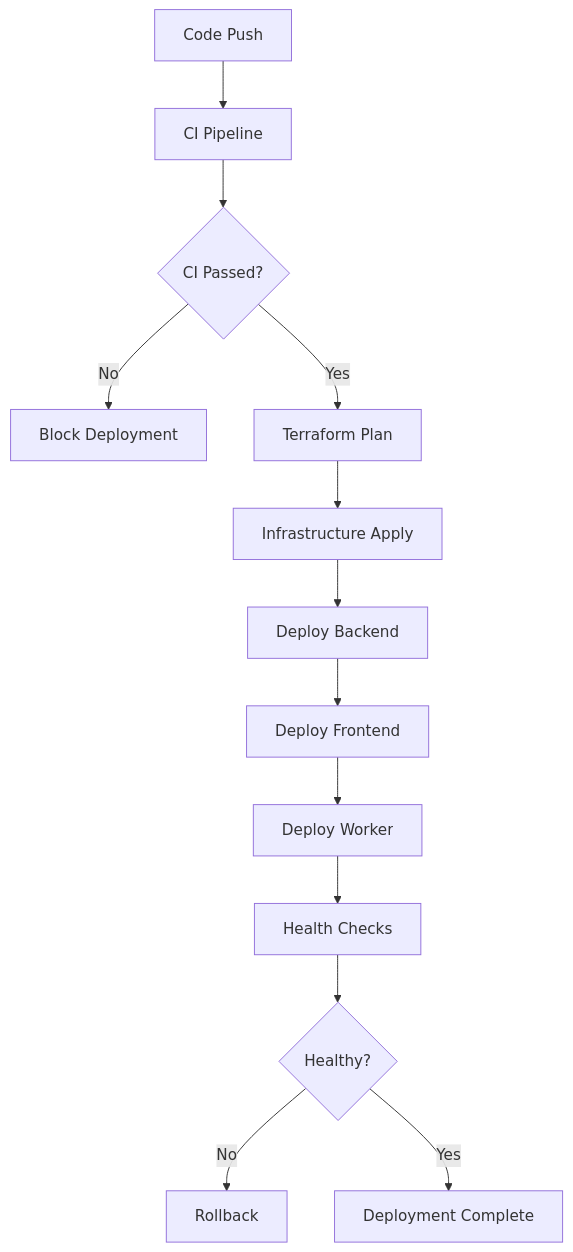
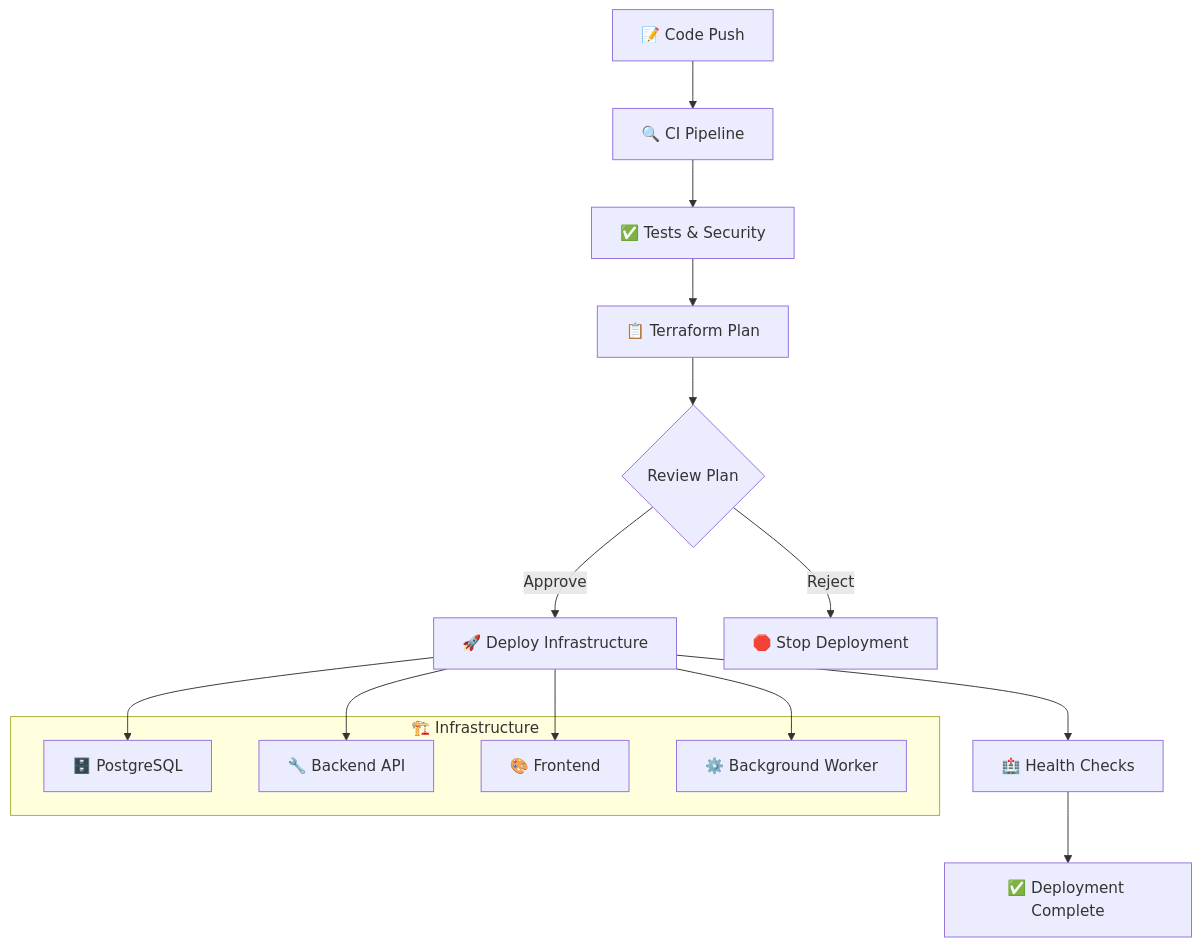
One commit to Mohit21GoJs/rsa-task changed the diagram in docs/DEPLOYMENT.md. Above: the diagram before and after it, drawn with Mermaid. The commit also changed other lines of this file and 14 other files, not shown here.

````diff
--- a/docs/DEPLOYMENT.md
+++ b/docs/DEPLOYMENT.md
@@ -152,15 +7,23 @@
 ```mermaid
-graph TD
-    A[Code Push] --> B[CI Pipeline]
-    B --> C{CI Passed?}
-    C -->|No| D[Block Deployment]
-    C -->|Yes| E[Terraform Plan]
-    E --> F[Infrastructure Apply]
-    F --> G[Deploy Backend]
-    G --> H[Deploy Frontend]
-    H --> I[Deploy Worker]
-    I --> J[Health Checks]
-    J --> K{Healthy?}
-    K -->|No| L[Rollback]
-    K -->|Yes| M[Deployment Complete]
+graph TB
+    A[📝 Code Push] --> B[🔍 CI Pipeline]
+    B --> C[✅ Tests & Security]
+    C --> D[📋 Terraform Plan]
+    D --> E{Review Plan}
+    E -->|Approve| F[🚀 Deploy Infrastructure]
+    E -->|Reject| G[🛑 Stop Deployment]
+    F --> H[🏥 Health Checks]
+    H --> I[✅ Deployment Complete]
+
+    subgraph "🏗️ Infrastructure"
+        J[🗄️ PostgreSQL]
+        K[🔧 Backend API]
+        L[🎨 Frontend]
+        M[⚙️ Background Worker]
+    end
+
+    F --> J
+    F --> K
+    F --> L
+    F --> M
 ```
````
